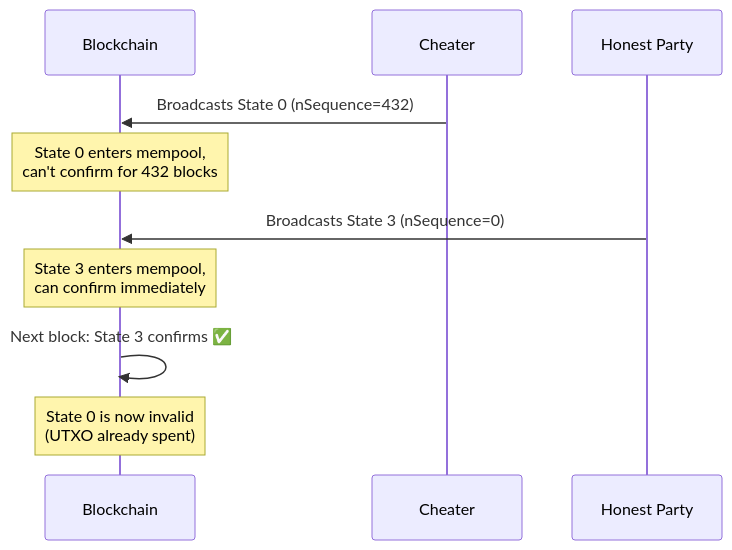
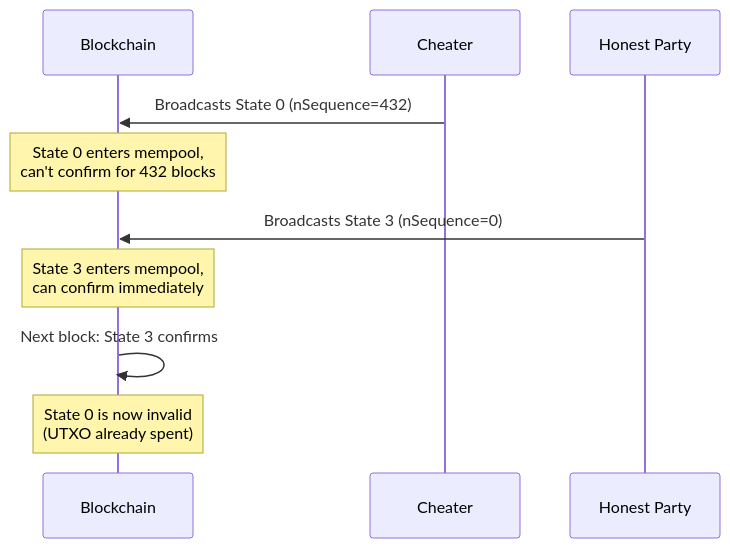
One commit to 8144225309/superscalar-docs changed the second of 2 diagrams in core-concepts/decker-wattenhofer-invalidation.md. Above: the diagram before and after it, drawn with Mermaid. The commit also changed other lines of this file and 31 other files, not shown here.

````diff
--- a/core-concepts/decker-wattenhofer-invalidation.md
+++ b/core-concepts/decker-wattenhofer-invalidation.md
@@ -37,15 +37,15 @@
 ```mermaid
 sequenceDiagram
     participant Chain as Blockchain
     participant Cheater
     participant Honest as Honest Party
 
     Cheater->>Chain: Broadcasts State 0 (nSequence=432)
     Note over Chain: State 0 enters mempool,<br/>can't confirm for 432 blocks
 
     Honest->>Chain: Broadcasts State 3 (nSequence=0)
     Note over Chain: State 3 enters mempool,<br/>can confirm immediately
 
-    Chain->>Chain: Next block: State 3 confirms ✅
+    Chain->>Chain: Next block: State 3 confirms
     Note over Chain: State 0 is now invalid<br/>(UTXO already spent)
 ```
````
